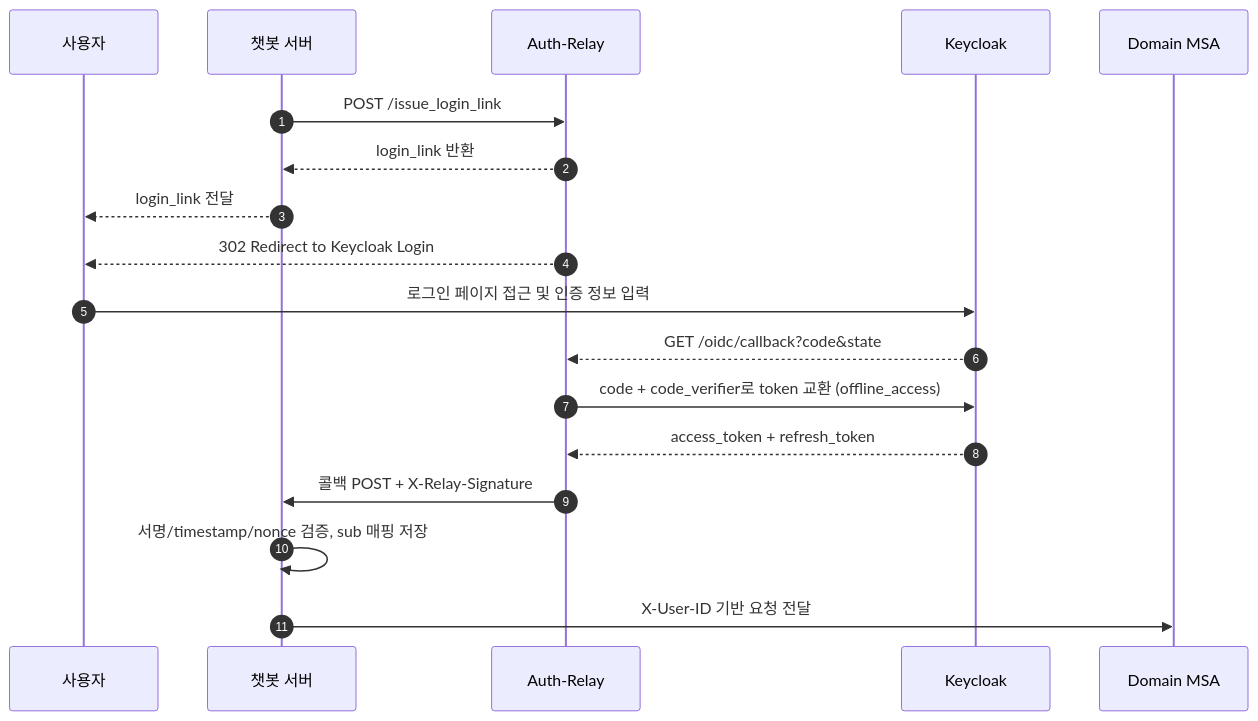
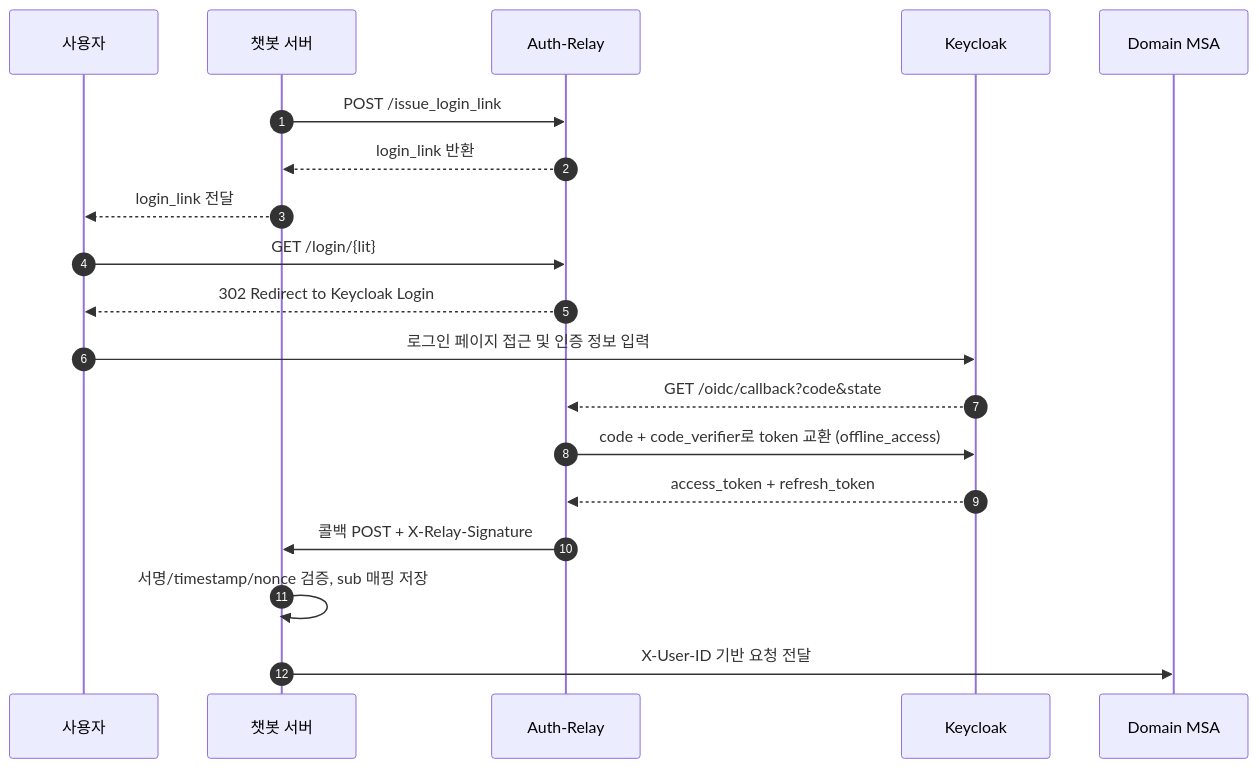
Before and after one commit to teamSANDOL/tuk_sandol_team: the first of 3 diagrams in docs/auth-chatbot-auth-relay.md, drawn with Mermaid. The commit also changed other lines of this file, not shown here.

Commit message:
fix: 로그인 흐름에 GET /login/{lit} 추가 및 상태 전환 조건 수정

````diff
--- a/docs/auth-chatbot-auth-relay.md
+++ b/docs/auth-chatbot-auth-relay.md
@@ -33,21 +33,22 @@
 ```mermaid
 sequenceDiagram
     autonumber
     participant User as 사용자
     participant Bot as 챗봇 서버
     participant Relay as Auth-Relay
     participant KC as Keycloak
     participant MSA as Domain MSA
 
     Bot->>Relay: POST /issue_login_link
     Relay-->>Bot: login_link 반환
     Bot-->>User: login_link 전달
+    User->>Relay: GET /login/{lit}
     Relay-->>User: 302 Redirect to Keycloak Login
     User->>KC: 로그인 페이지 접근 및 인증 정보 입력
     KC-->>Relay: GET /oidc/callback?code&state
     Relay->>KC: code + code_verifier로 token 교환 (offline_access)
     KC-->>Relay: access_token + refresh_token
     Relay->>Bot: 콜백 POST + X-Relay-Signature
     Bot->>Bot: 서명/timestamp/nonce 검증, sub 매핑 저장
     Bot->>MSA: X-User-ID 기반 요청 전달
 ```
````
